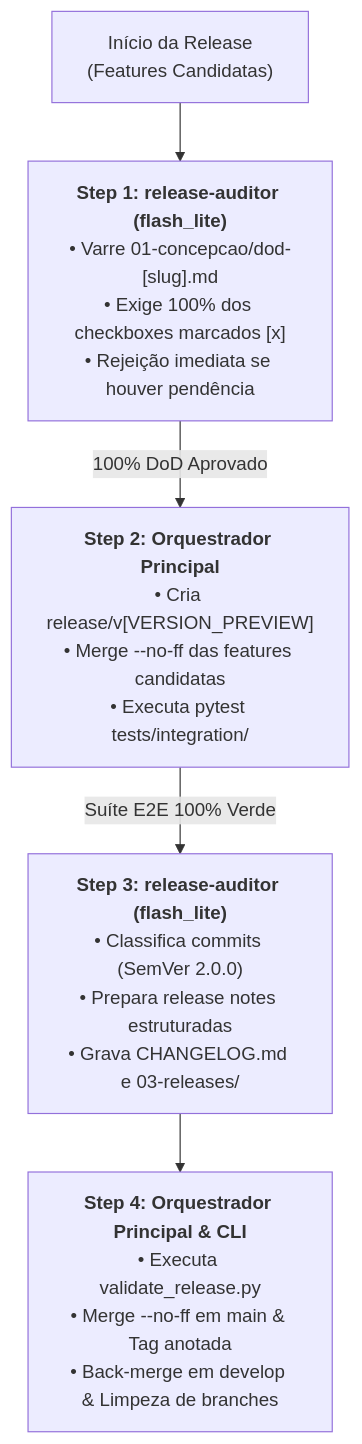
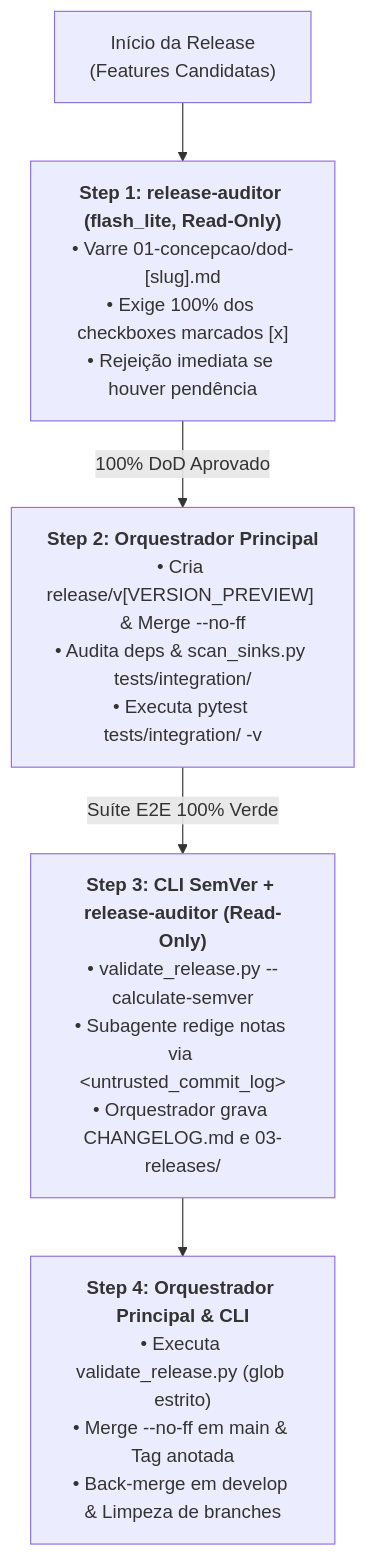
The first of 2 diagrams in doc/skills/release/README.md (MarcosVeniciu/antigravity-agentic-skills), drawn with Mermaid before and after one commit. The commit also changed other lines of this file and 71 other files, not shown here.

````diff
--- a/doc/skills/release/README.md
+++ b/doc/skills/release/README.md
@@ -26,7 +26,7 @@
 ```mermaid
 flowchart TD
-    Start["Início da Release<br/>(Features Candidatas)"] --> S1["<b>Step 1: release-auditor (flash_lite)</b><br/>• Varre 01-concepcao/dod-[slug].md<br/>• Exige 100% dos checkboxes marcados [x]<br/>• Rejeição imediata se houver pendência"]
-    S1 -->|"100% DoD Aprovado"| S2["<b>Step 2: Orquestrador Principal</b><br/>• Cria release/v[VERSION_PREVIEW]<br/>• Merge --no-ff das features candidatas<br/>• Executa pytest tests/integration/"]
-    S2 -->|"Suíte E2E 100% Verde"| S3["<b>Step 3: release-auditor (flash_lite)</b><br/>• Classifica commits (SemVer 2.0.0)<br/>• Prepara release notes estruturadas<br/>• Grava CHANGELOG.md e 03-releases/"]
-    S3 --> S4["<b>Step 4: Orquestrador Principal & CLI</b><br/>• Executa validate_release.py<br/>• Merge --no-ff em main & Tag anotada<br/>• Back-merge em develop & Limpeza de branches"]
+    Start["Início da Release<br/>(Features Candidatas)"] --> S1["<b>Step 1: release-auditor (flash_lite, Read-Only)</b><br/>• Varre 01-concepcao/dod-[slug].md<br/>• Exige 100% dos checkboxes marcados [x]<br/>• Rejeição imediata se houver pendência"]
+    S1 -->|"100% DoD Aprovado"| S2["<b>Step 2: Orquestrador Principal</b><br/>• Cria release/v[VERSION_PREVIEW] & Merge --no-ff<br/>• Audita deps & scan_sinks.py tests/integration/<br/>• Executa pytest tests/integration/ -v"]
+    S2 -->|"Suíte E2E 100% Verde"| S3["<b>Step 3: CLI SemVer + release-auditor (Read-Only)</b><br/>• validate_release.py --calculate-semver<br/>• Subagente redige notas via &lt;untrusted_commit_log&gt;<br/>• Orquestrador grava CHANGELOG.md e 03-releases/"]
+    S3 --> S4["<b>Step 4: Orquestrador Principal & CLI</b><br/>• Executa validate_release.py (glob estrito)<br/>• Merge --no-ff em main & Tag anotada<br/>• Back-merge em develop & Limpeza de branches"]
 ```
````
